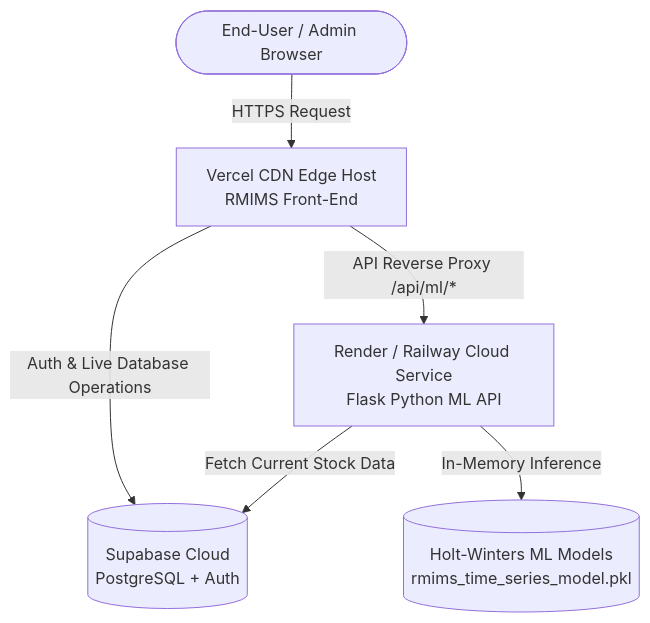
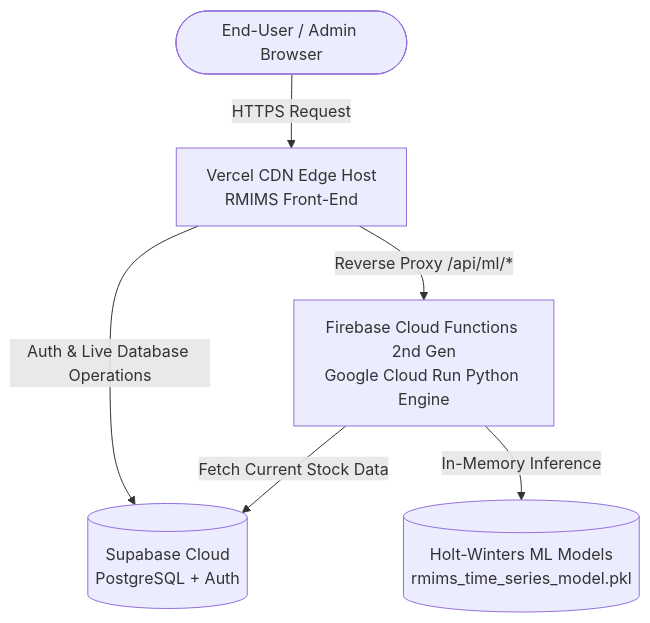
The diagram in RMIMS_SYSTEM_AUDIT_AND_DEPLOYMENT_BLUEPRINT.md (calusinzeanna3-design/RMIMS-Supabase-ML-Forecasting-Integration), drawn with Mermaid before and after one commit. The commit also changed other lines of this file, not shown here.

Commit message:
docs: update deployment blueprint to use Firebase Cloud Functions (2nd Gen Python) for ML model

````diff
--- a/RMIMS_SYSTEM_AUDIT_AND_DEPLOYMENT_BLUEPRINT.md
+++ b/RMIMS_SYSTEM_AUDIT_AND_DEPLOYMENT_BLUEPRINT.md
@@ -88,8 +83,8 @@
 ```mermaid
 graph TD
     User([End-User / Admin Browser]) -->|HTTPS Request| Vercel[Vercel CDN Edge Host<br/>RMIMS Front-End]
     Vercel -->|Auth & Live Database Operations| Supabase[(Supabase Cloud<br/>PostgreSQL + Auth)]
-    Vercel -->|API Reverse Proxy /api/ml/*| Render[Render / Railway Cloud Service<br/>Flask Python ML API]
-    Render -->|In-Memory Inference| Model[(Holt-Winters ML Models<br/>rmims_time_series_model.pkl)]
-    Render -->|Fetch Current Stock Data| Supabase
+    Vercel -->|Reverse Proxy /api/ml/*| Firebase[Firebase Cloud Functions 2nd Gen<br/>Google Cloud Run Python Engine]
+    Firebase -->|In-Memory Inference| Model[(Holt-Winters ML Models<br/>rmims_time_series_model.pkl)]
+    Firebase -->|Fetch Current Stock Data| Supabase
 ```
````
